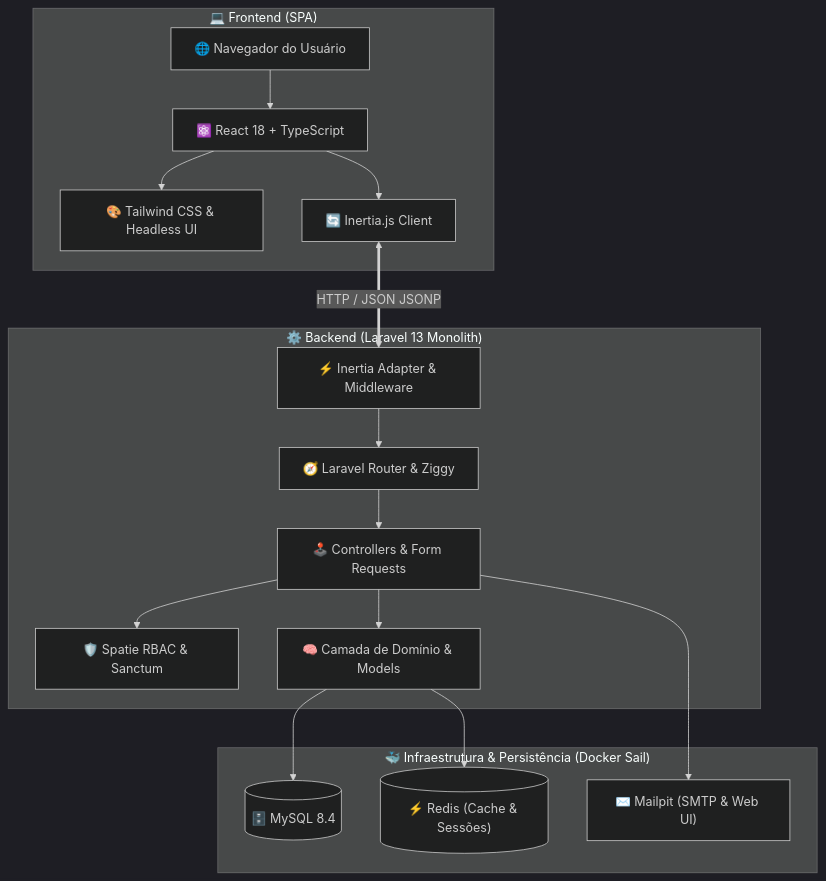
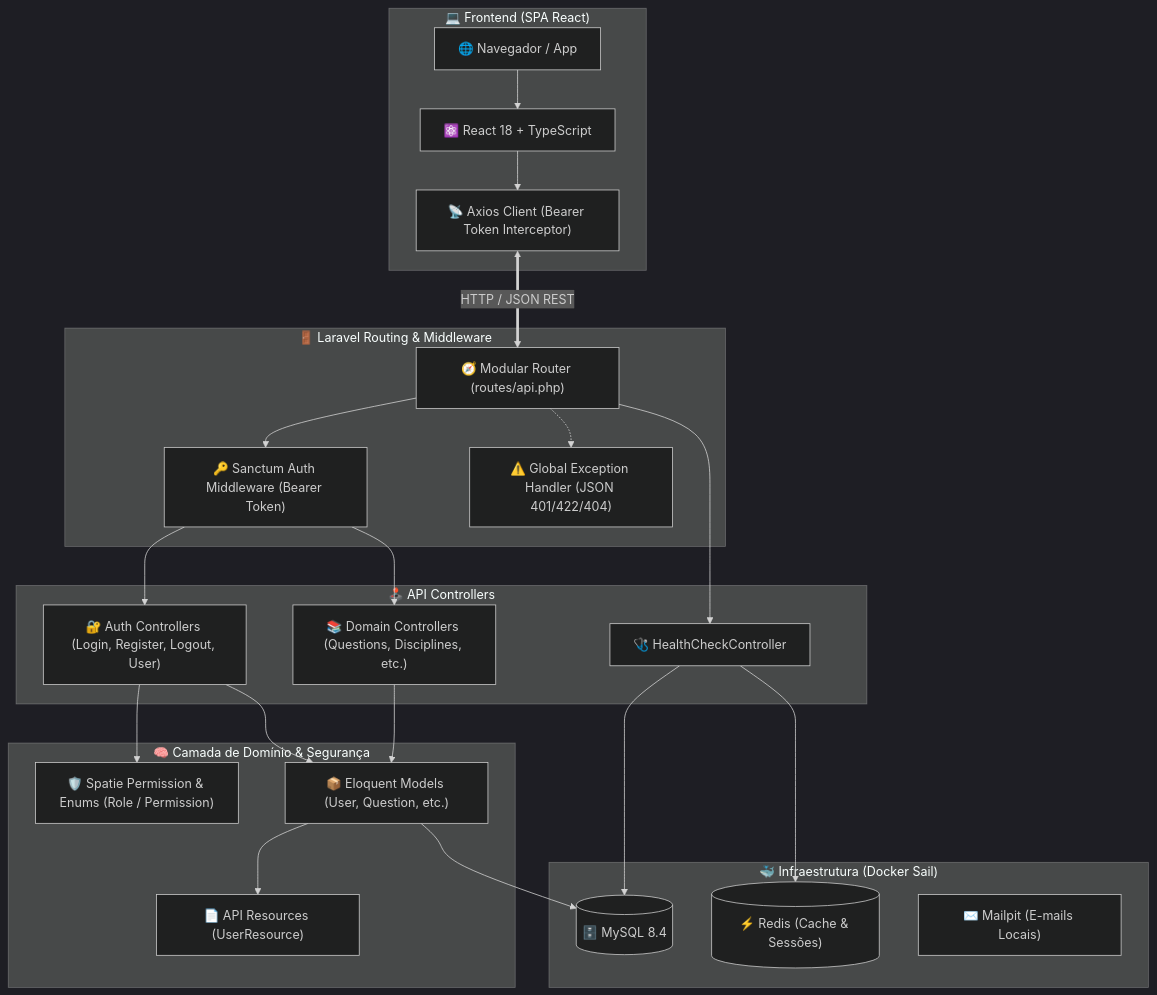
Before and after one commit to jedunatal/aprovei-direto: the diagram in README.md, drawn with Mermaid (dark theme). The commit also changed other lines of this file and 39 other files, not shown here.

First line of the commit message:
feat(api): implement authentication and user management

````diff
--- a/README.md
+++ b/README.md
@@ -95,37 +97,52 @@
 ```mermaid
 flowchart TD
-    subgraph ClientSide ["💻 Frontend (SPA)"]
-        UserBrowser["🌐 Navegador do Usuário"]
+    subgraph ClientSide ["💻 Frontend (SPA React)"]
+        Browser["🌐 Navegador / App"]
         ReactApp["⚛️ React 18 + TypeScript"]
-        Tailwind["🎨 Tailwind CSS & Headless UI"]
-        InertiaClient["🔄 Inertia.js Client"]
+        AxiosClient["📡 Axios Client (Bearer Token Interceptor)"]
         
-        UserBrowser --> ReactApp
-        ReactApp --> Tailwind
-        ReactApp --> InertiaClient
+        Browser --> ReactApp
+        ReactApp --> AxiosClient
     end
 
-    subgraph ServerSide ["⚙️ Backend (Laravel 13 Monolith)"]
-        InertiaAdapter["⚡ Inertia Adapter & Middleware"]
-        Routing["🧭 Laravel Router & Ziggy"]
-        Controllers["🕹️ Controllers & Form Requests"]
-        RBAC["🛡️ Spatie RBAC & Sanctum"]
-        Domain["🧠 Camada de Domínio & Models"]
+    subgraph ApiGateway ["🚪 Laravel Routing & Middleware"]
+        ApiRouter["🧭 Modular Router (routes/api.php)"]
+        SanctumAuth["🔑 Sanctum Auth Middleware (Bearer Token)"]
+        ExceptionHandler["⚠️ Global Exception Handler (JSON 401/422/404)"]
         
-        InertiaClient <== HTTP / JSON JSONP ==> InertiaAdapter
-        InertiaAdapter --> Routing
-        Routing --> Controllers
-        Controllers --> RBAC
-        Controllers --> Domain
+        AxiosClient <== HTTP / JSON REST ==> ApiRouter
+        ApiRouter --> SanctumAuth
+        ApiRouter -.-> ExceptionHandler
     end
 
-    subgraph Infra ["🐳 Infraestrutura & Persistência (Docker Sail)"]
+    subgraph Controllers ["🕹️ API Controllers"]
+        AuthController["🔐 Auth Controllers (Login, Register, Logout, User)"]
+        HealthController["🩺 HealthCheckController"]
+        DomainControllers["📚 Domain Controllers (Questions, Disciplines, etc.)"]
+        
+        SanctumAuth --> AuthController
+        SanctumAuth --> DomainControllers
+        ApiRouter --> HealthController
+    end
+
+    subgraph DomainLayer ["🧠 Camada de Domínio & Segurança"]
+        SpatieRBAC["🛡️ Spatie Permission & Enums (Role / Permission)"]
+        EloquentModels["📦 Eloquent Models (User, Question, etc.)"]
+        ApiResources["📄 API Resources (UserResource)"]
+        
+        AuthController --> SpatieRBAC
+        AuthController --> EloquentModels
+        DomainControllers --> EloquentModels
+        EloquentModels --> ApiResources
+    end
+
+    subgraph Infra ["🐳 Infraestrutura (Docker Sail)"]
         MySQL[("🗄️ MySQL 8.4")]
         Redis[("⚡ Redis (Cache & Sessões)")]
-        Mailpit["✉️ Mailpit (SMTP & Web UI)"]
+        Mailpit["✉️ Mailpit (E-mails Locais)"]
         
-        Domain --> MySQL
-        Domain --> Redis
-        Controllers --> Mailpit
+        EloquentModels --> MySQL
+        HealthController --> MySQL
+        HealthController --> Redis
     end
 ```
````
